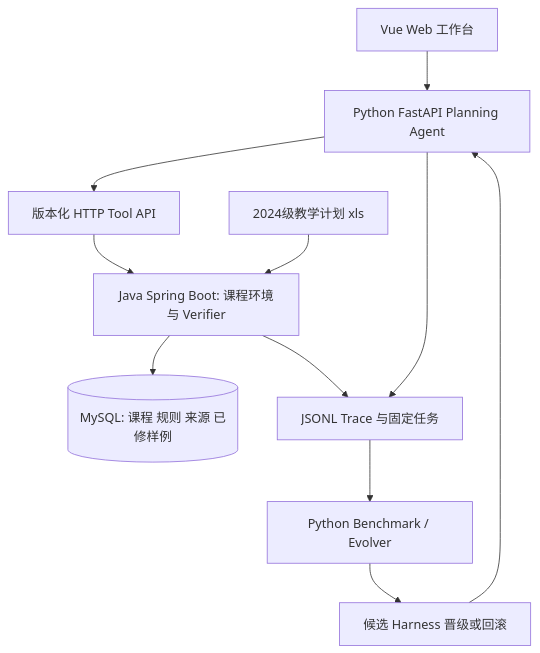
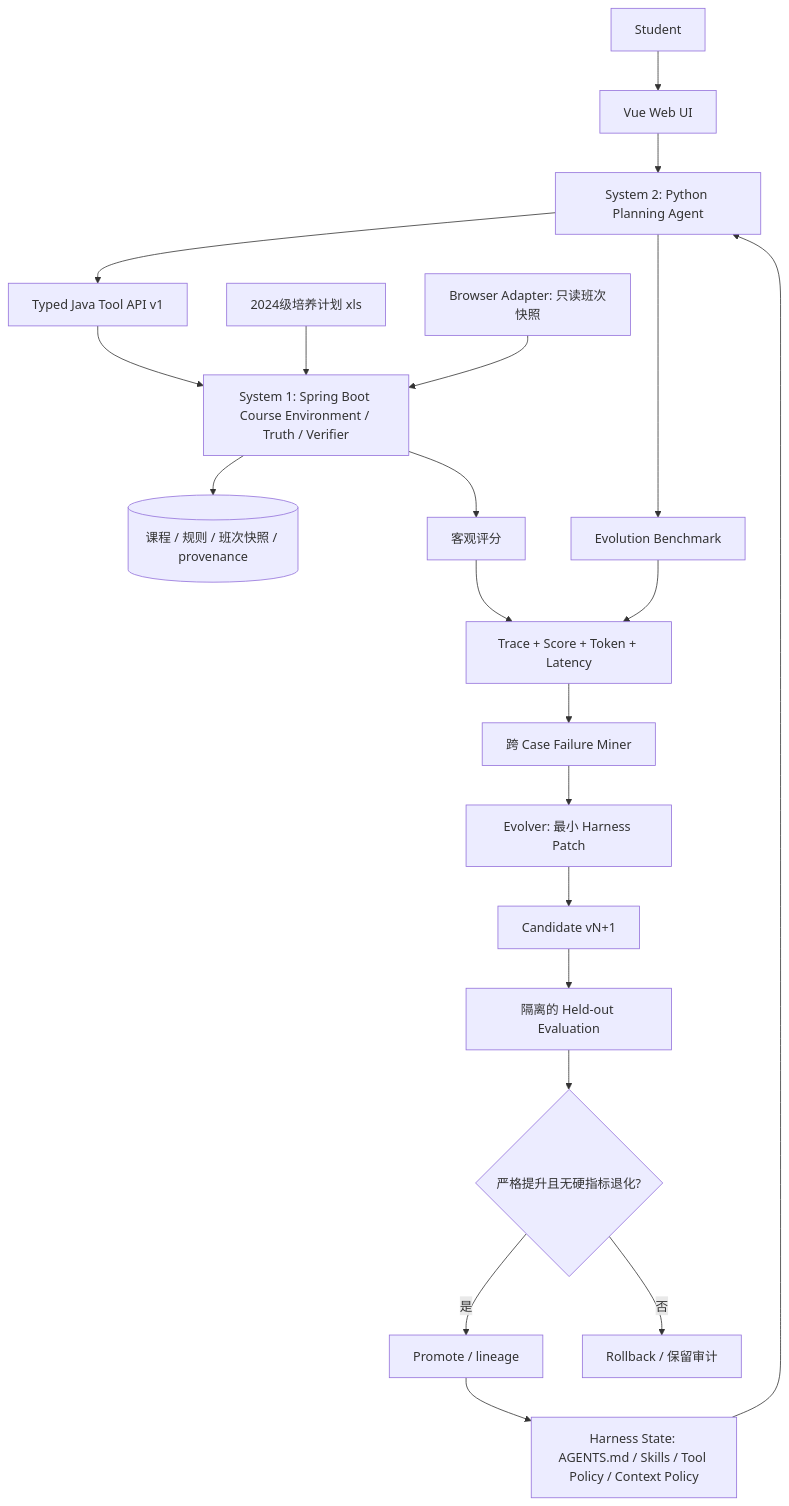
The diagram in docs/diagrams/layers.mmd (HelicasECoode42/CoursePilot-Evo), drawn with Mermaid before and after one commit. The commit also changed 32 other files, not shown here.

Commit message:
docs: design browser offering adapter and multi-round RSI architecture

```diff
--- a/docs/diagrams/layers.mmd
+++ b/docs/diagrams/layers.mmd
@@ -1,11 +1,21 @@
 flowchart TB
-  UI[Vue Web 工作台] --> AG[Python FastAPI Planning Agent]
-  AG --> API[版本化 HTTP Tool API]
-  API --> JAVA[Java Spring Boot: 课程环境与 Verifier]
-  JAVA --> DATA[(MySQL: 课程 规则 来源 已修样例)]
-  XLS[2024级教学计划 xls] --> JAVA
-  AG --> TRACE[JSONL Trace 与固定任务]
-  JAVA --> TRACE
-  TRACE --> EVO[Python Benchmark / Evolver]
-  EVO --> PROMOTE[候选 Harness 晋级或回滚]
-  PROMOTE --> AG
+  STUDENT[Student] --> UI[Vue Web UI]
+  UI --> S2[System 2: Python Planning Agent]
+  HS[Harness State: AGENTS.md / Skills / Tool Policy / Context Policy] --> S2
+  S2 --> TOOL[Typed Java Tool API v1]
+  TOOL --> S1[System 1: Spring Boot Course Environment / Truth / Verifier]
+  XLS[2024级培养计划 xls] --> S1
+  BA[Browser Adapter: 只读班次快照] --> S1
+  S1 --> DB[(课程 / 规则 / 班次快照 / provenance)]
+  S1 --> SCORE[客观评分]
+  S2 --> BENCH[Evolution Benchmark]
+  BENCH --> TRACE[Trace + Score + Token + Latency]
+  SCORE --> TRACE
+  TRACE --> MINER[跨 Case Failure Miner]
+  MINER --> EVOLVER[Evolver: 最小 Harness Patch]
+  EVOLVER --> CAND[Candidate vN+1]
+  CAND --> HOLD[隔离的 Held-out Evaluation]
+  HOLD --> GATE{严格提升且无硬指标退化?}
+  GATE -->|是| PROMOTE[Promote / lineage]
+  GATE -->|否| ROLLBACK[Rollback / 保留审计]
+  PROMOTE --> HS
```
